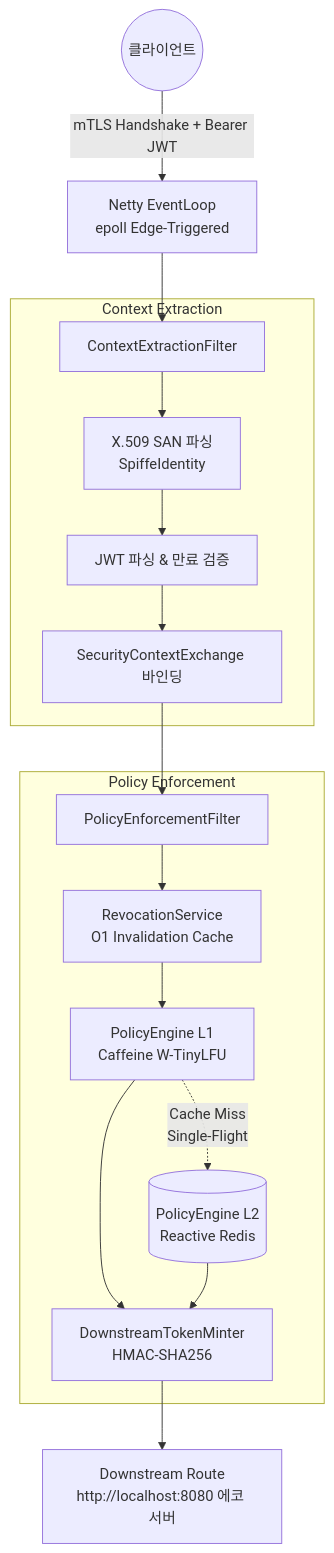
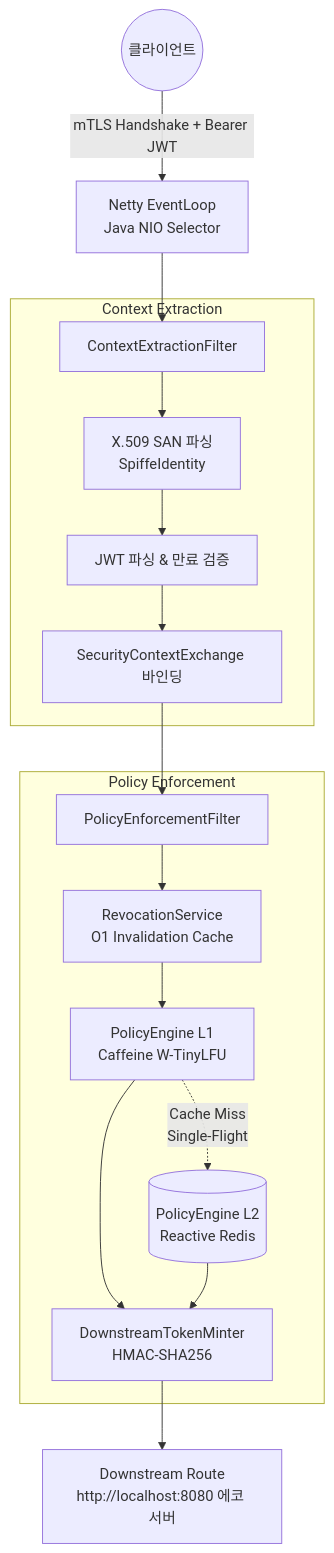
The first of 3 diagrams in docs/paper.md (altdmfk/aegis-mesh), drawn with Mermaid before and after one commit. The commit also changed other lines of this file and 53 other files, not shown here.

````diff
--- a/docs/paper.md
+++ b/docs/paper.md
@@ -105,23 +105,23 @@
 ```mermaid
 flowchart TD
-    Client((클라이언트)) -->|mTLS Handshake + Bearer JWT| Netty[Netty EventLoop<br>epoll Edge-Triggered]
+    Client((클라이언트)) -->|mTLS Handshake + Bearer JWT| Netty[Netty EventLoop<br>Java NIO Selector]
     Netty --> CEFilter[ContextExtractionFilter]
     
     subgraph Context Extraction
         CEFilter --> SP[X.509 SAN 파싱<br>SpiffeIdentity]
         SP --> JWT[JWT 파싱 & 만료 검증]
         JWT --> Bind[SecurityContextExchange 바인딩]
     end
     
     Bind --> PEFilter[PolicyEnforcementFilter]
     
     subgraph Policy Enforcement
         PEFilter --> Revoke[RevocationService<br>O1 Invalidation Cache]
         Revoke --> L1[PolicyEngine L1<br>Caffeine W-TinyLFU]
         L1 -.->|Cache Miss<br>Single-Flight| L2[(PolicyEngine L2<br>Reactive Redis)]
         L1 --> Token[DownstreamTokenMinter<br>HMAC-SHA256]
         L2 --> Token
     end
     
     Token --> Downstream[Downstream Route<br>http://localhost:8080 에코 서버]
 ```
````
